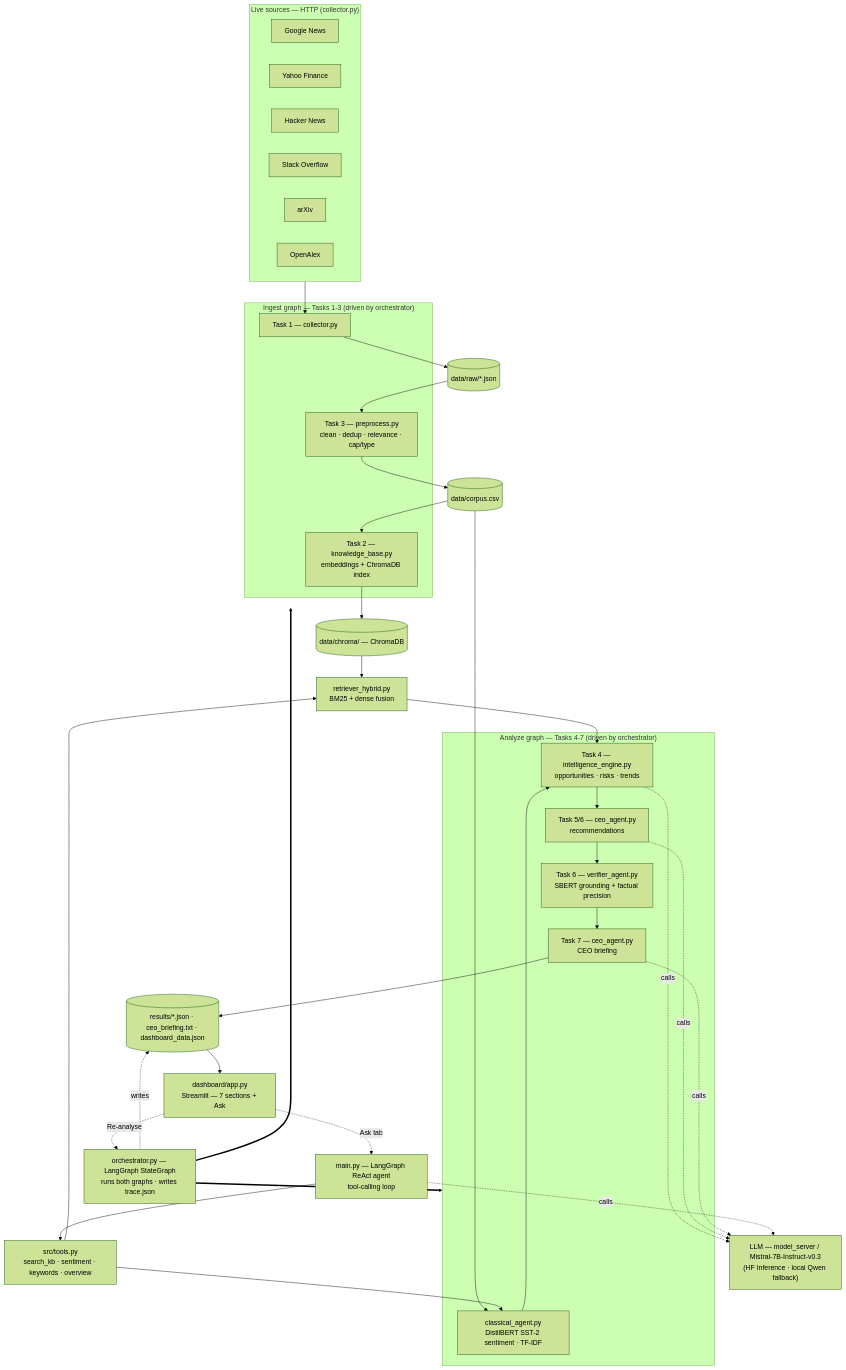
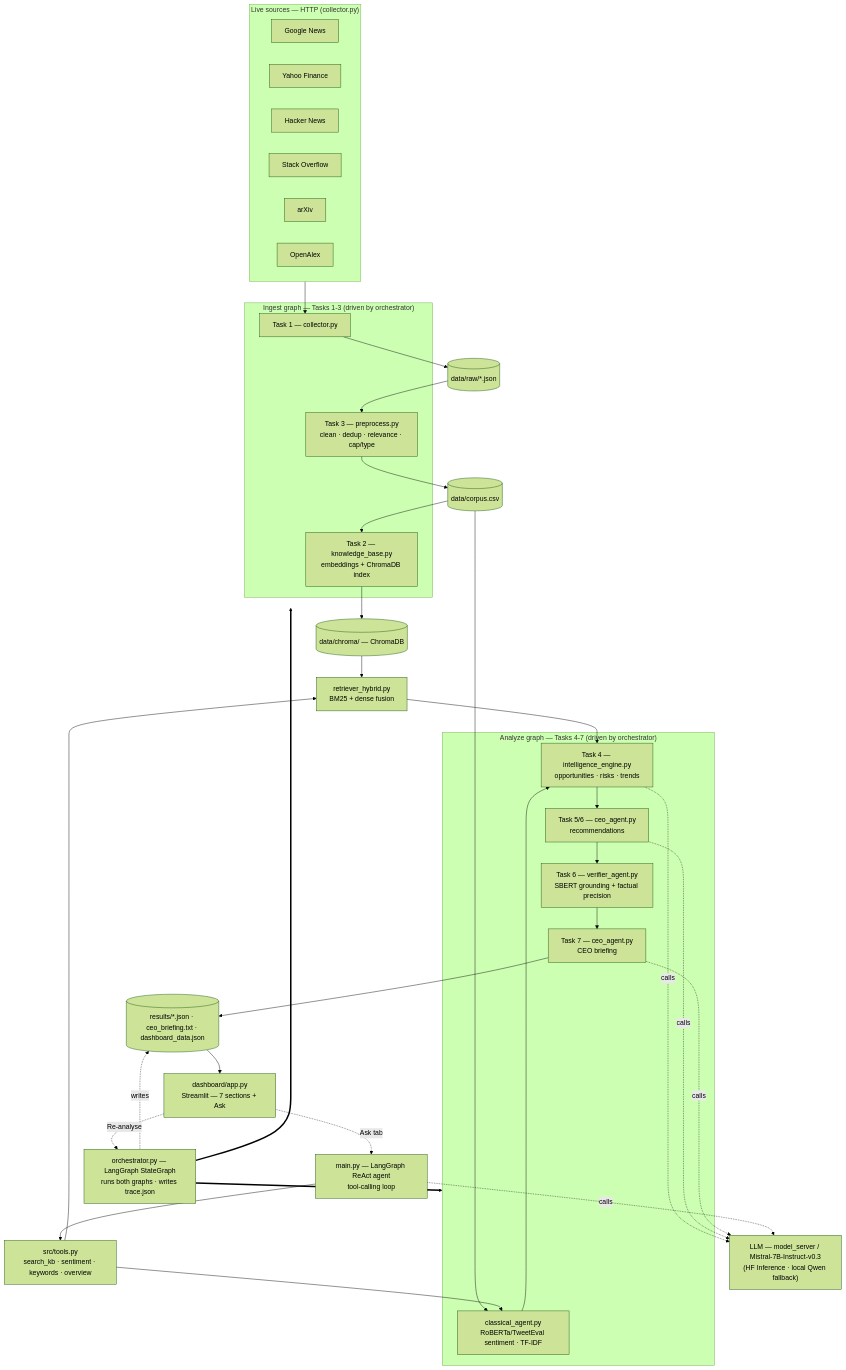
The diagram in README.md (mirb-404/NLP_Final_Exam), drawn with Mermaid (forest theme) before and after one commit. The commit also changed other lines of this file and 5 other files, not shown here.

Commit message:
Refactor sentiment analysis to use RoBERTa fine-tuned on TweetEval; update related documentation and configurations.

````diff
--- a/README.md
+++ b/README.md
@@ -22,67 +22,67 @@
 ```mermaid
 flowchart TD
     %% ---------------- live sources ----------------
     subgraph SRC["Live sources — HTTP (collector.py)"]
         direction LR
         N[Google News]
         F[Yahoo Finance]
         H[Hacker News]
         S[Stack Overflow]
         A[arXiv]
         O[OpenAlex]
     end
 
     %% ---------------- ingest graph: Tasks 1-3 ----------------
     subgraph INGEST["Ingest graph — Tasks 1-3 (driven by orchestrator)"]
         COL["Task 1 — collector.py"]
         PRE["Task 3 — preprocess.py<br/>clean · dedup · relevance · cap/type"]
         IDX["Task 2 — knowledge_base.py<br/>embeddings + ChromaDB index"]
     end
 
     %% ---------------- analyze graph: Tasks 4-7 ----------------
     subgraph ANALYZE["Analyze graph — Tasks 4-7 (driven by orchestrator)"]
-        CL["classical_agent.py<br/>DistilBERT SST-2 sentiment · TF-IDF"]
+        CL["classical_agent.py<br/>RoBERTa/TweetEval sentiment · TF-IDF"]
         IE["Task 4 — intelligence_engine.py<br/>opportunities · risks · trends"]
         REC["Task 5/6 — ceo_agent.py<br/>recommendations"]
         VER["Task 6 — verifier_agent.py<br/>SBERT grounding + factual precision"]
         BRIEF["Task 7 — ceo_agent.py<br/>CEO briefing"]
     end
 
     %% ---------------- artifacts + the rest ----------------
     RAW[("data/raw/*.json")]
     CORP[("data/corpus.csv")]
     CHROMA[("data/chroma/ — ChromaDB")]
     R["retriever_hybrid.py<br/>BM25 + dense fusion"]
     OUT[("results/*.json · ceo_briefing.txt · dashboard_data.json")]
     DASH["dashboard/app.py<br/>Streamlit — 7 sections + Ask"]
     ORCH["orchestrator.py — LangGraph StateGraph<br/>runs both graphs · writes trace.json"]
     AGENT["main.py — LangGraph ReAct agent<br/>tool-calling loop"]
     TOOLS["src/tools.py<br/>search_kb · sentiment · keywords · overview"]
     LLM["LLM — model_server / Mistral-7B-Instruct-v0.3<br/>(HF Inference · local Qwen fallback)"]
 
     %% ---------------- data spine ----------------
     SRC --> COL
     COL --> RAW --> PRE --> CORP
     CORP --> IDX --> CHROMA --> R
     CORP --> CL
     R --> IE
     CL --> IE --> REC --> VER --> BRIEF --> OUT --> DASH
 
     %% ---------------- orchestrator drives both graphs ----------------
     ORCH ==> INGEST
     ORCH ==> ANALYZE
     ORCH -. writes .-> OUT
 
     %% ---------------- interactive ReAct agent ----------------
     DASH -. Ask tab .-> AGENT
     DASH -. Re-analyse .-> ORCH
     AGENT --> TOOLS
     TOOLS --> R
     TOOLS --> CL
 
     %% ---------------- LLM calls ----------------
     IE -. calls .-> LLM
     REC -. calls .-> LLM
     BRIEF -. calls .-> LLM
     AGENT -. calls .-> LLM
 ```
````
